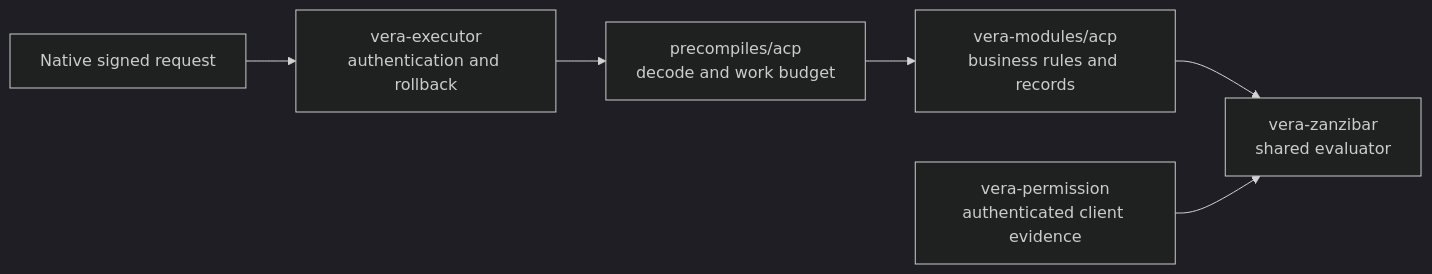
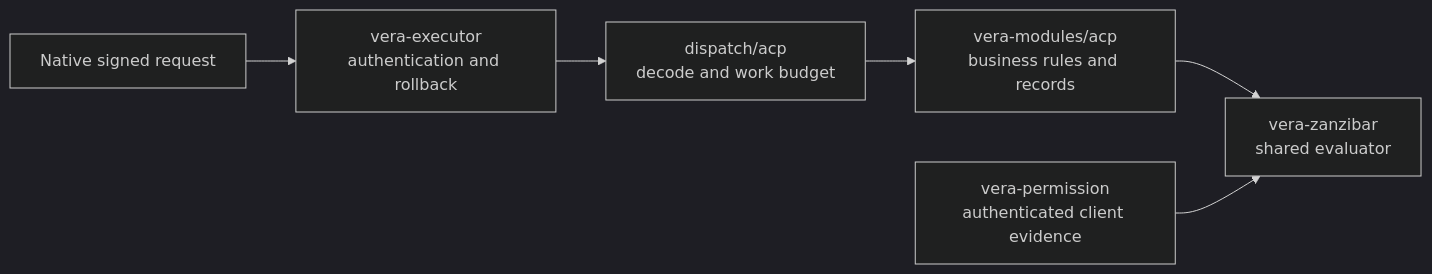
Before and after one commit to sourcenetwork/vera.rs: the third of 7 diagrams in docs/architecture.md, drawn with Mermaid (dark theme). The commit also changed other lines of this file and 467 other files, not shown here.

````diff
--- a/docs/architecture.md
+++ b/docs/architecture.md
@@ -111,8 +110,8 @@
 ```mermaid
 flowchart LR
     Request[Native signed request] --> Executor[vera-executor<br/>authentication and rollback]
-    Executor --> Dispatch[precompiles/acp<br/>decode and work budget]
+    Executor --> Dispatch[dispatch/acp<br/>decode and work budget]
     Dispatch --> Module[vera-modules/acp<br/>business rules and records]
     Module --> Engine[vera-zanzibar<br/>shared evaluator]
     Evidence[vera-permission<br/>authenticated client evidence] --> Engine
 ```
````
